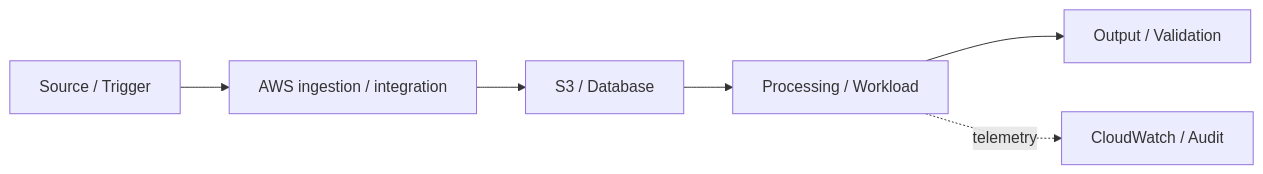
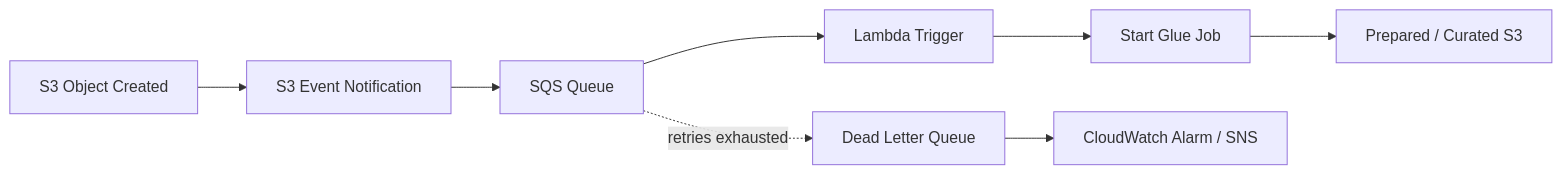
Before and after one commit to nguyenngocbinh/aws-usecase-learning-map: the second of 2 diagrams in docs/usecases/data-platform/uc02-data-lake-etl.md, drawn with Mermaid. The commit also changed other lines of this file, not shown here.

Commit message:
docs: expand UAT-derived AWS hands-on guidance

````diff
--- a/docs/usecases/data-platform/uc02-data-lake-etl.md
+++ b/docs/usecases/data-platform/uc02-data-lake-etl.md
@@ -16,8 +360,10 @@
-```mermaid
+~~~mermaid
 flowchart LR
-  A["Source / Trigger"] --> B["AWS ingestion / integration"]
-  B --> C["S3 / Database"]
-  C --> D["Processing / Workload"]
-  D --> E["Output / Validation"]
-  D -. telemetry .-> F["CloudWatch / Audit"]
-```
+  UP["S3 Object Created"] --> NOTI["S3 Event Notification"]
+  NOTI --> Q["SQS Queue"]
+  Q --> L["Lambda Trigger"]
+  L --> JOB["Start Glue Job"]
+  JOB --> OUT["Prepared / Curated S3"]
+  Q -. retries exhausted .-> DLQ["Dead Letter Queue"]
+  DLQ --> ALARM["CloudWatch Alarm / SNS"]
+~~~
````
